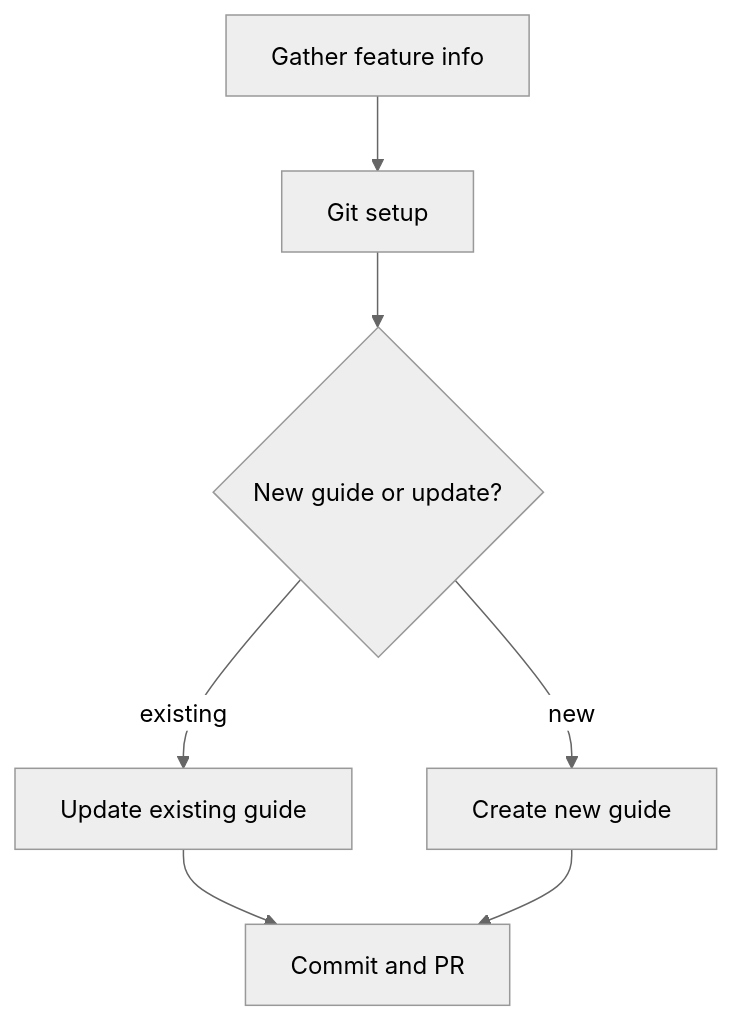
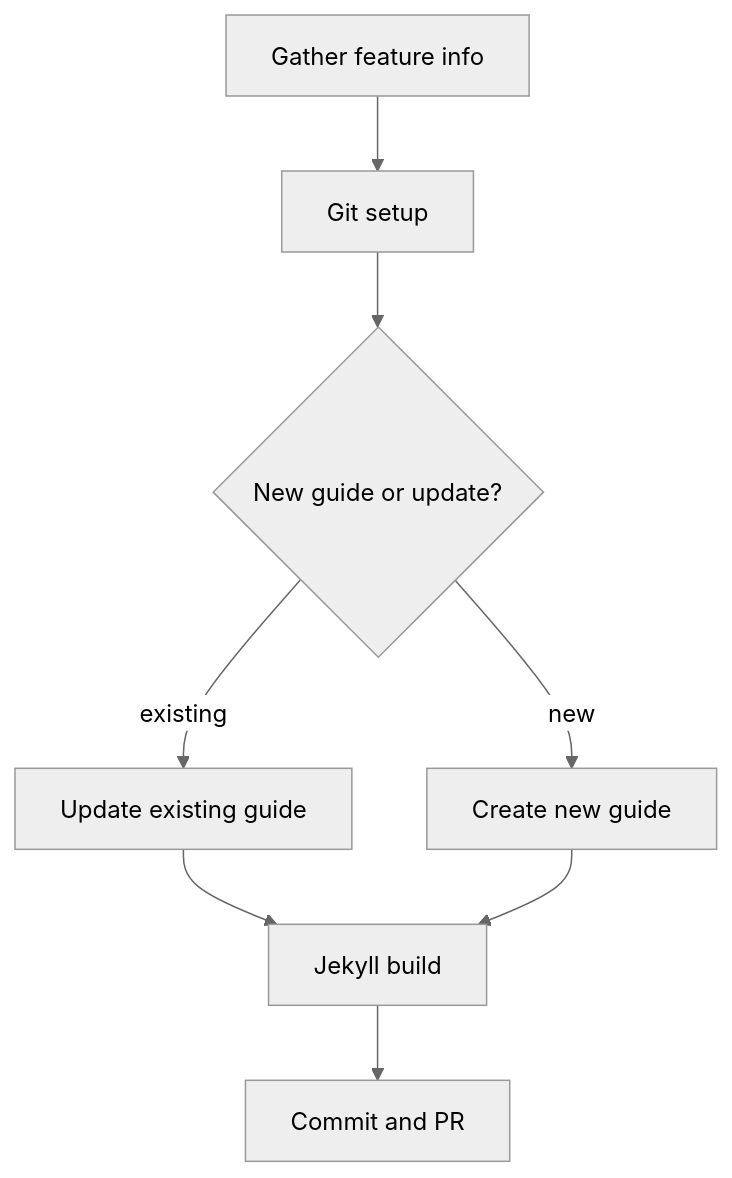
Before and after one commit to salesforce/multicloudj: the diagram in .claude/skills/docs_guides/SKILL.md, drawn with Mermaid (neutral theme). The commit also changed other lines of this file, not shown here.

````diff
--- a/.claude/skills/docs_guides/SKILL.md
+++ b/.claude/skills/docs_guides/SKILL.md
@@ -21,9 +21,10 @@
 ```mermaid
 graph TD
     A[Gather feature info] --> B[Git setup]
     B --> C{New guide or update?}
     C -->|existing| D[Update existing guide]
     C -->|new| E[Create new guide]
-    D --> F[Commit and PR]
+    D --> F[Jekyll build]
     E --> F
+    F --> G[Commit and PR]
 ```
````
